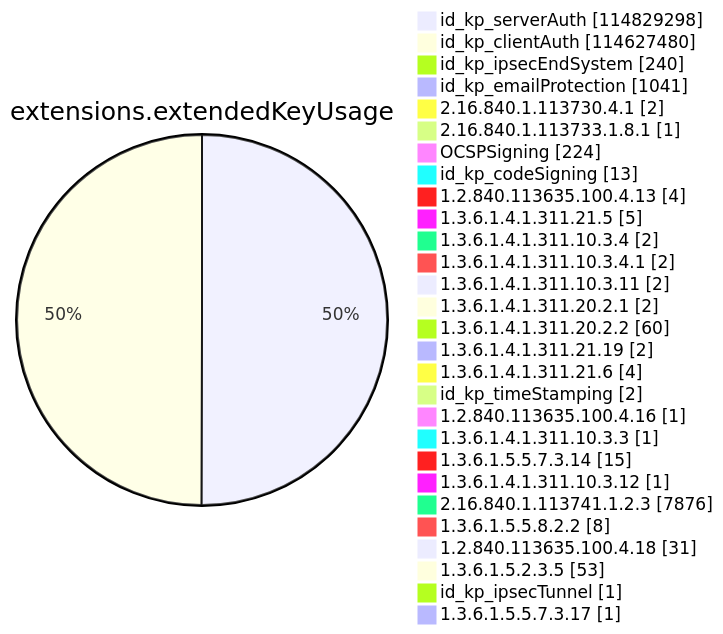
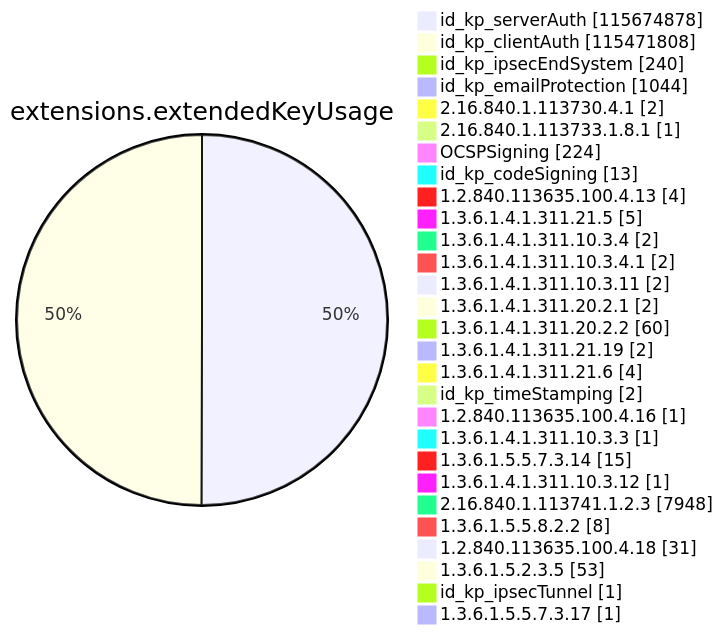
Before and after one commit to christiankrug/ctmonitor_visualization: diagram 11 of 15 in argon2023/README.md, drawn with Mermaid. The commit also changed other lines of this file, not shown here.

````diff
--- a/argon2023/README.md
+++ b/argon2023/README.md
@@ -2665,32 +2669,32 @@
 ```mermaid
 pie showData
 title extensions.extendedKeyUsage
-"id_kp_serverAuth" :114829298
-"id_kp_clientAuth" :114627480
+"id_kp_serverAuth" :115674878
+"id_kp_clientAuth" :115471808
 "id_kp_ipsecEndSystem" :240
-"id_kp_emailProtection" :1041
+"id_kp_emailProtection" :1044
 "2.16.840.1.113730.4.1" :2
 "2.16.840.1.113733.1.8.1" :1
 "OCSPSigning" :224
 "id_kp_codeSigning" :13
 "1.2.840.113635.100.4.13" :4
 "1.3.6.1.4.1.311.21.5" :5
 "1.3.6.1.4.1.311.10.3.4" :2
 "1.3.6.1.4.1.311.10.3.4.1" :2
 "1.3.6.1.4.1.311.10.3.11" :2
 "1.3.6.1.4.1.311.20.2.1" :2
 "1.3.6.1.4.1.311.20.2.2" :60
 "1.3.6.1.4.1.311.21.19" :2
 "1.3.6.1.4.1.311.21.6" :4
 "id_kp_timeStamping" :2
 "1.2.840.113635.100.4.16" :1
 "1.3.6.1.4.1.311.10.3.3" :1
 "1.3.6.1.5.5.7.3.14" :15
 "1.3.6.1.4.1.311.10.3.12" :1
-"2.16.840.1.113741.1.2.3" :7876
+"2.16.840.1.113741.1.2.3" :7948
 "1.3.6.1.5.5.8.2.2" :8
 "1.2.840.113635.100.4.18" :31
 "1.3.6.1.5.2.3.5" :53
 "id_kp_ipsecTunnel" :1
 "1.3.6.1.5.5.7.3.17" :1
 ```
````
